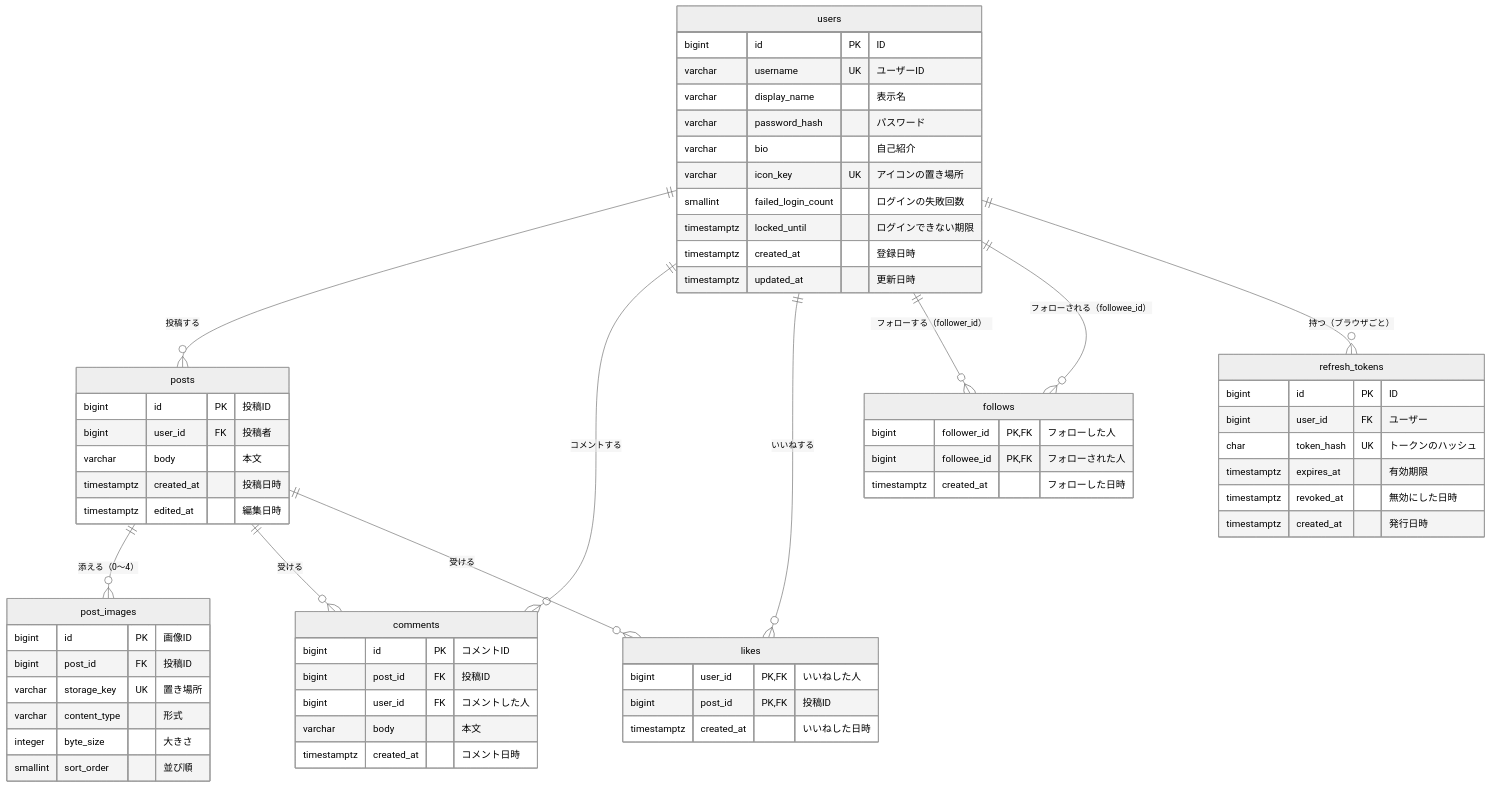
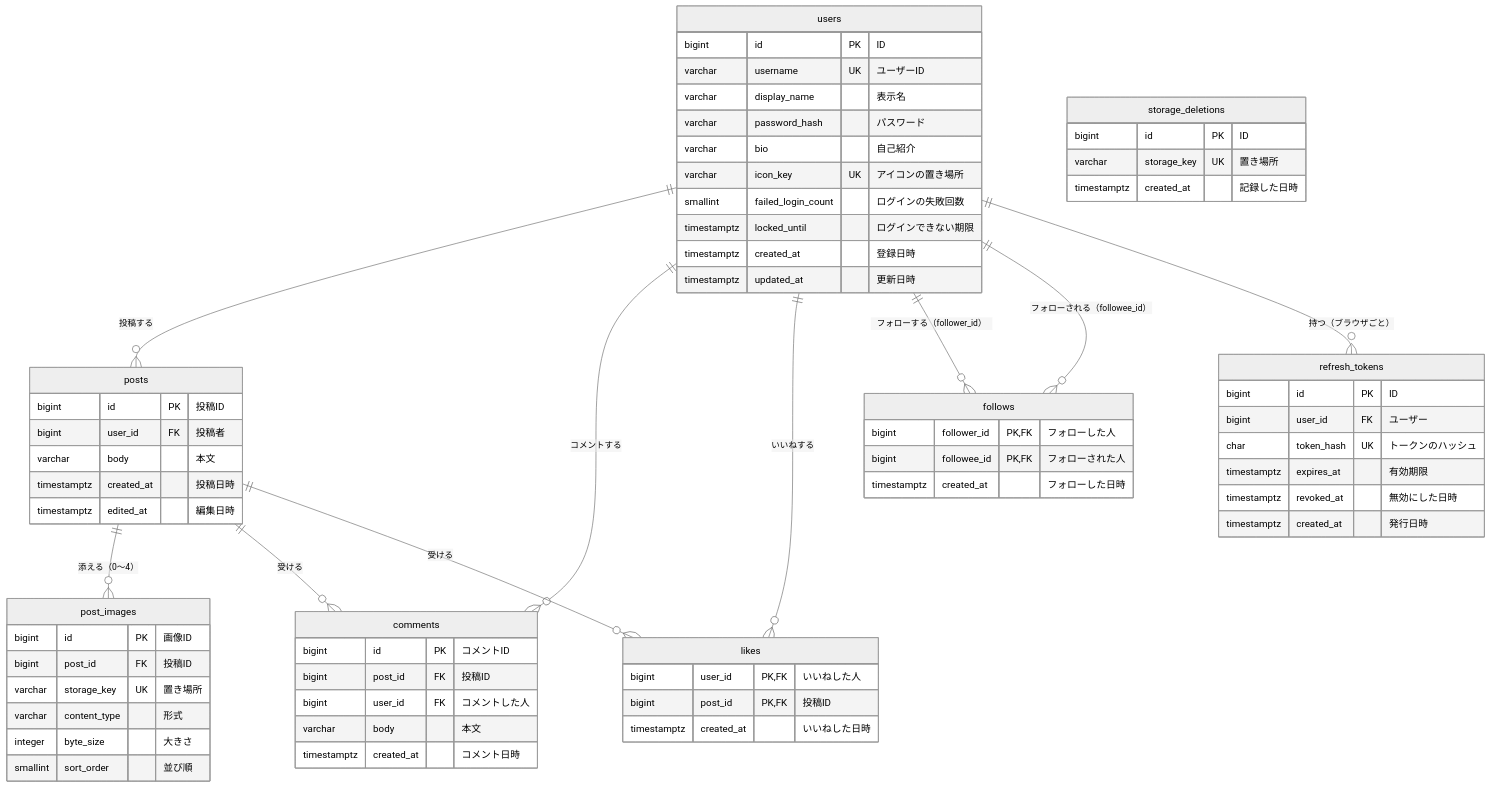
One commit to y0408e0301-star/raise-timeline changed the diagram in docs/design/data-design.md. Above: the diagram before and after it, drawn with Mermaid (neutral theme). The commit also changed other lines of this file and 48 other files, not shown here.

````diff
--- a/docs/design/data-design.md
+++ b/docs/design/data-design.md
@@ -55,65 +57,70 @@
 ```mermaid
 erDiagram
     users ||--o{ posts : "投稿する"
     users ||--o{ comments : "コメントする"
     users ||--o{ likes : "いいねする"
     users ||--o{ follows : "フォローする（follower_id）"
     users ||--o{ follows : "フォローされる（followee_id）"
     posts ||--o{ post_images : "添える（0〜4）"
     posts ||--o{ comments : "受ける"
     posts ||--o{ likes : "受ける"
     users ||--o{ refresh_tokens : "持つ（ブラウザごと）"
 
     users {
         bigint id PK "ID"
         varchar username UK "ユーザーID"
         varchar display_name "表示名"
         varchar password_hash "パスワード"
         varchar bio "自己紹介"
         varchar icon_key UK "アイコンの置き場所"
         smallint failed_login_count "ログインの失敗回数"
         timestamptz locked_until "ログインできない期限"
         timestamptz created_at "登録日時"
         timestamptz updated_at "更新日時"
     }
     posts {
         bigint id PK "投稿ID"
         bigint user_id FK "投稿者"
         varchar body "本文"
         timestamptz created_at "投稿日時"
         timestamptz edited_at "編集日時"
     }
     post_images {
         bigint id PK "画像ID"
         bigint post_id FK "投稿ID"
         varchar storage_key UK "置き場所"
         varchar content_type "形式"
         integer byte_size "大きさ"
         smallint sort_order "並び順"
     }
     comments {
         bigint id PK "コメントID"
         bigint post_id FK "投稿ID"
         bigint user_id FK "コメントした人"
         varchar body "本文"
         timestamptz created_at "コメント日時"
     }
     likes {
         bigint user_id PK, FK "いいねした人"
         bigint post_id PK, FK "投稿ID"
         timestamptz created_at "いいねした日時"
     }
     follows {
         bigint follower_id PK, FK "フォローした人"
         bigint followee_id PK, FK "フォローされた人"
         timestamptz created_at "フォローした日時"
     }
+    storage_deletions {
+        bigint id PK "ID"
+        varchar storage_key UK "置き場所"
+        timestamptz created_at "記録した日時"
+    }
     refresh_tokens {
         bigint id PK "ID"
         bigint user_id FK "ユーザー"
         char token_hash UK "トークンのハッシュ"
         timestamptz expires_at "有効期限"
         timestamptz revoked_at "無効にした日時"
         timestamptz created_at "発行日時"
     }
 ```
````
